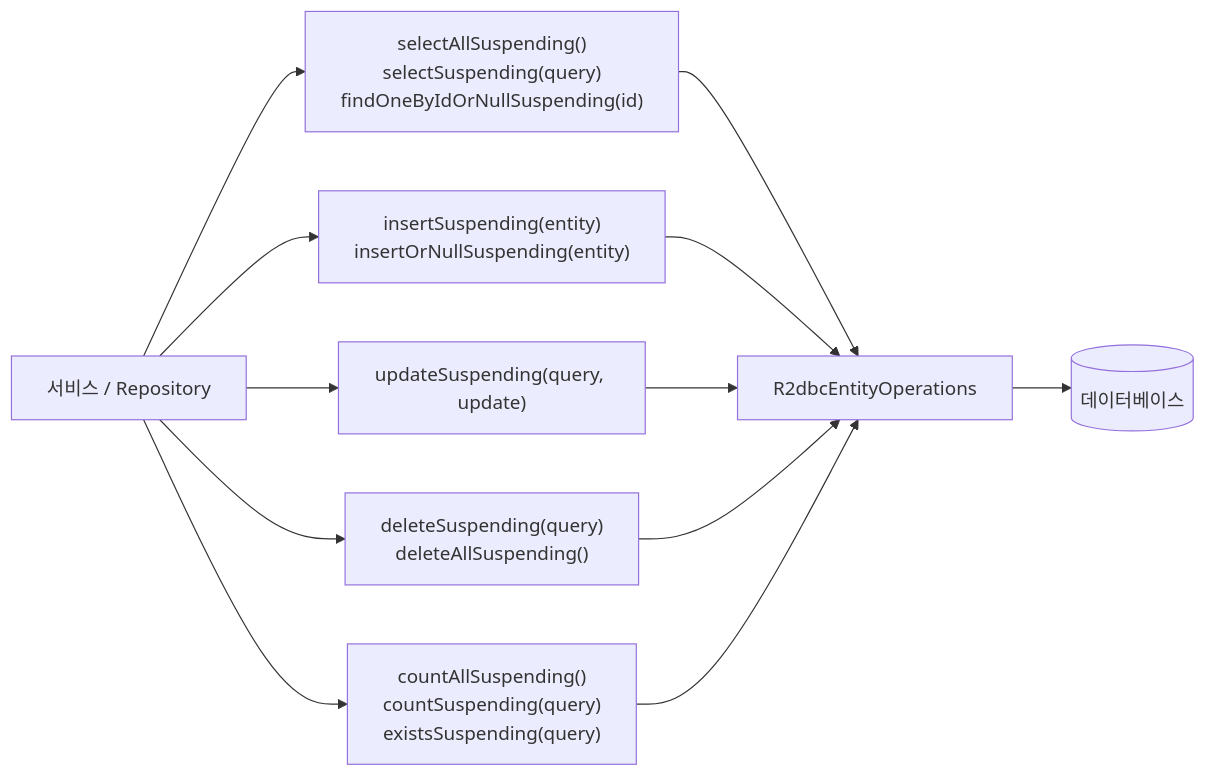
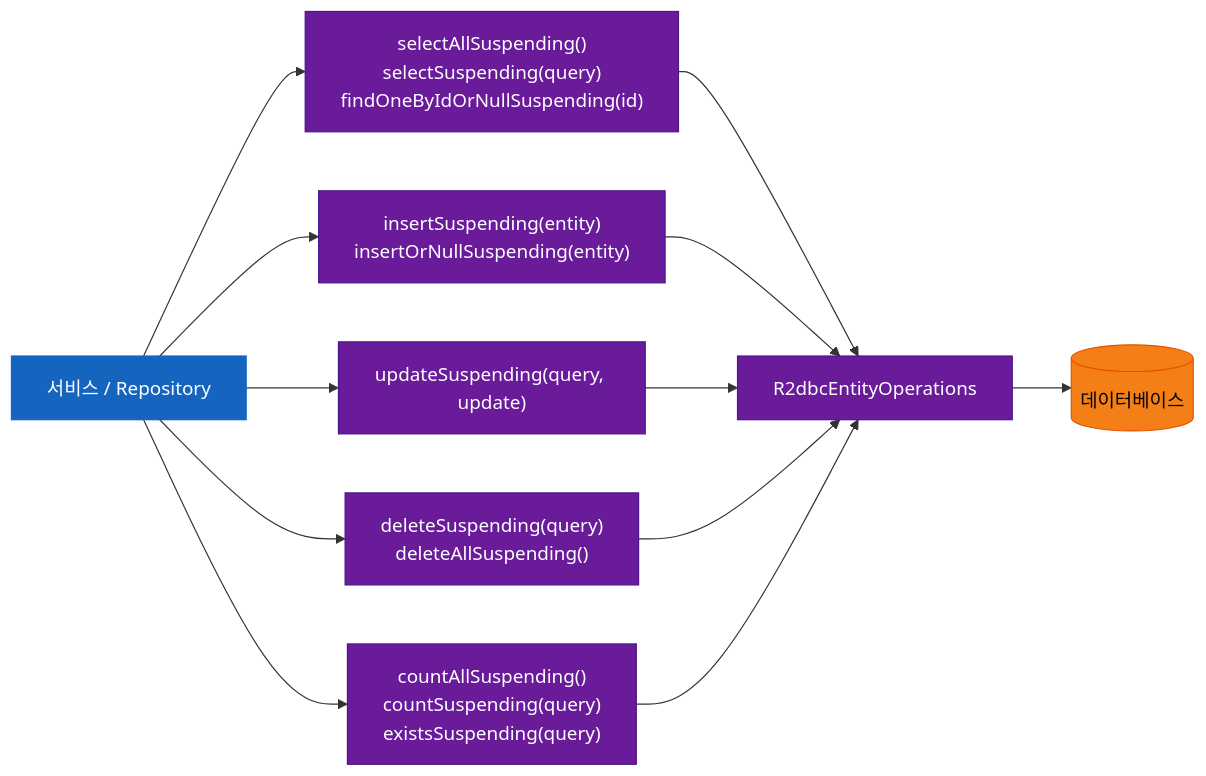
Before and after one commit to bluetape4k/bluetape4k-projects: the third of 4 diagrams in spring-boot3/r2dbc/README.ko.md, drawn with Mermaid. The commit also changed other lines of this file and 221 other files, not shown here.

First line of the commit message:
docs: 전체 모듈 README UML 다이어그램 보강 및 색상 업그레이드

````diff
--- a/spring-boot3/r2dbc/README.ko.md
+++ b/spring-boot3/r2dbc/README.ko.md
@@ -371,14 +389,27 @@
 ```mermaid
 flowchart LR
     Service["서비스 / Repository"] --> Select["selectAllSuspending()<br/>selectSuspending(query)<br/>findOneByIdOrNullSuspending(id)"]
     Service --> Insert["insertSuspending(entity)<br/>insertOrNullSuspending(entity)"]
     Service --> Update["updateSuspending(query, update)"]
     Service --> Delete["deleteSuspending(query)<br/>deleteAllSuspending()"]
     Service --> Count["countAllSuspending()<br/>countSuspending(query)<br/>existsSuspending(query)"]
     Select --> ROps["R2dbcEntityOperations"]
     Insert --> ROps
     Update --> ROps
     Delete --> ROps
     Count --> ROps
     ROps --> DB[("데이터베이스")]
+
+    classDef serviceStyle fill:#1565C0,stroke:#1565C0,color:#FFFFFF
+    classDef asyncStyle fill:#6A1B9A,stroke:#4A148C,color:#FFFFFF
+    classDef dataStyle fill:#F57F17,stroke:#E65100,color:#000000
+
+    class Service serviceStyle
+    class Select asyncStyle
+    class Insert asyncStyle
+    class Update asyncStyle
+    class Delete asyncStyle
+    class Count asyncStyle
+    class ROps asyncStyle
+    class DB dataStyle
 ```
````
